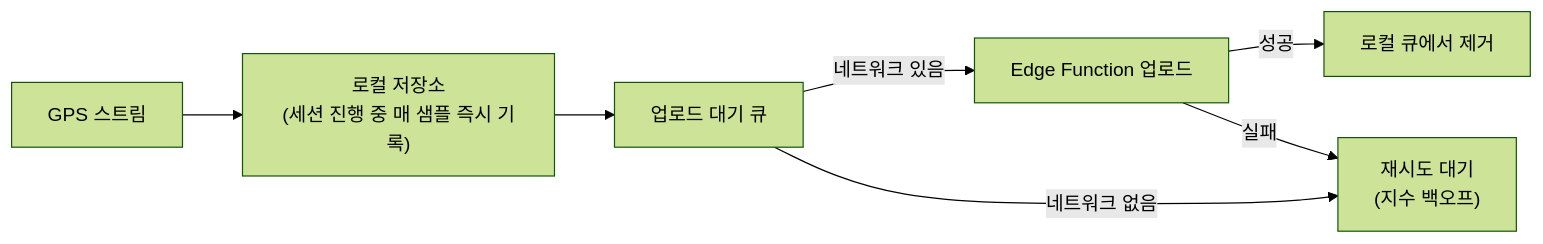
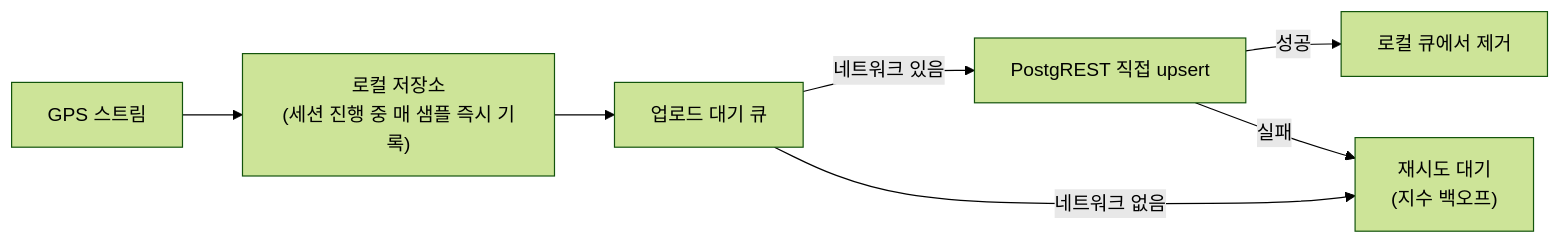
Before and after one commit to j-hyunn/Runnit: the seventh of 7 diagrams in docs/ARCHITECTURE.md, drawn with Mermaid (forest theme). The commit also changed other lines of this file and 35 other files, not shown here.

````diff
--- a/docs/ARCHITECTURE.md
+++ b/docs/ARCHITECTURE.md
@@ -378,9 +427,9 @@
 ```mermaid
 flowchart LR
     GPS["GPS 스트림"] --> Local["로컬 저장소\n(세션 진행 중 매 샘플 즉시 기록)"]
     Local --> Queue["업로드 대기 큐"]
-    Queue -->|"네트워크 있음"| Upload["Edge Function 업로드"]
+    Queue -->|"네트워크 있음"| Upload["PostgREST 직접 upsert"]
     Queue -->|"네트워크 없음"| Retry["재시도 대기\n(지수 백오프)"]
     Upload -->|"성공"| Clear["로컬 큐에서 제거"]
     Upload -->|"실패"| Retry
 ```
````
